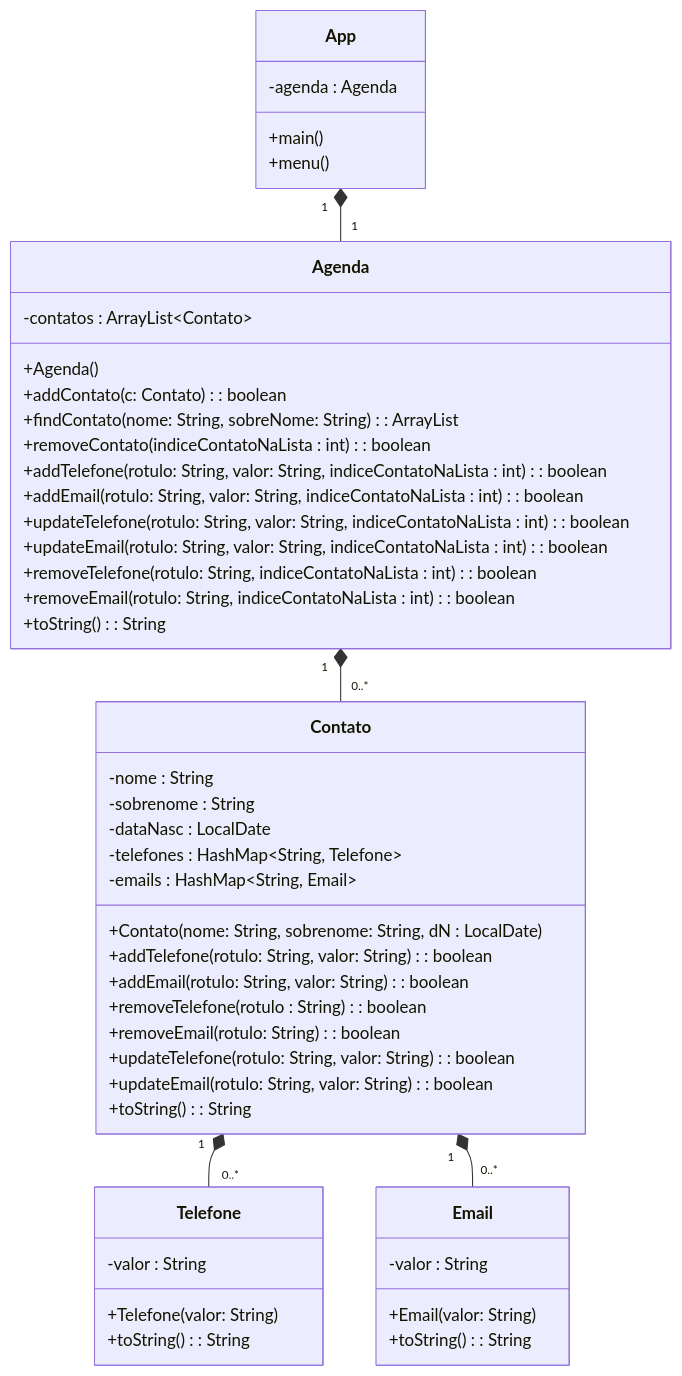
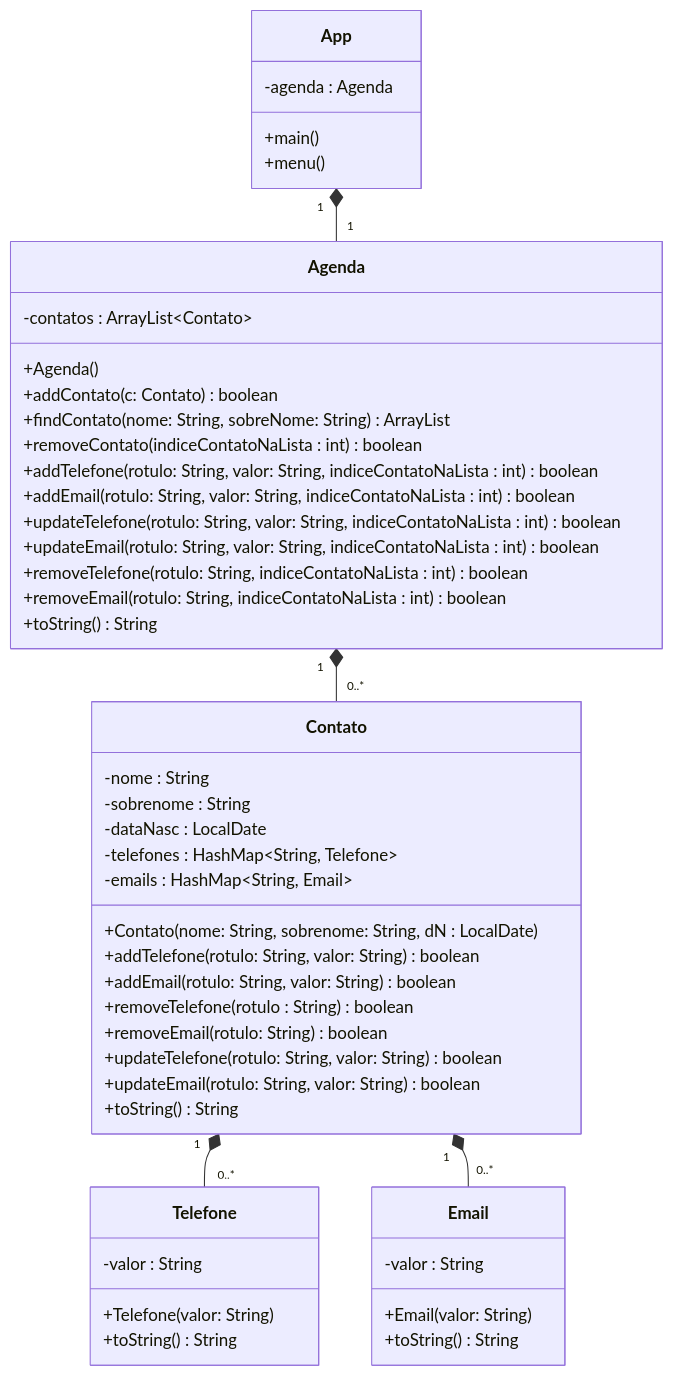
One commit to LuisEAbreu/poo changed the diagram in aulas/2026-10-05/projeto02/README.md. Above: the diagram before and after it, drawn with Mermaid.

Commit message:
Removendo ":" no retorno dos métodos na UML

````diff
--- a/aulas/2026-10-05/projeto02/README.md
+++ b/aulas/2026-10-05/projeto02/README.md
@@ -17,59 +17,59 @@
 ```mermaid
     classDiagram
         
         class App{
             -agenda : Agenda
             +main()
             +menu()
         }
         
         class Agenda{ 
             -contatos : ArrayList~Contato~
             
             +Agenda()
-            +addContato(c: Contato): boolean
-            +findContato(nome: String, sobreNome: String): ArrayList<Contato>
-            +removeContato(indiceContatoNaLista : int): boolean
-            +addTelefone(rotulo: String, valor: String, indiceContatoNaLista : int): boolean
-            +addEmail(rotulo: String, valor: String, indiceContatoNaLista : int): boolean
-            +updateTelefone(rotulo: String, valor: String, indiceContatoNaLista : int): boolean
-            +updateEmail(rotulo: String, valor: String, indiceContatoNaLista : int): boolean
-            +removeTelefone(rotulo: String, indiceContatoNaLista : int): boolean
-            +removeEmail(rotulo: String, indiceContatoNaLista : int): boolean
-            +toString(): String
+            +addContato(c: Contato) boolean
+            +findContato(nome: String, sobreNome: String) ArrayList<Contato>
+            +removeContato(indiceContatoNaLista : int) boolean
+            +addTelefone(rotulo: String, valor: String, indiceContatoNaLista : int) boolean
+            +addEmail(rotulo: String, valor: String, indiceContatoNaLista : int) boolean
+            +updateTelefone(rotulo: String, valor: String, indiceContatoNaLista : int) boolean
+            +updateEmail(rotulo: String, valor: String, indiceContatoNaLista : int) boolean
+            +removeTelefone(rotulo: String, indiceContatoNaLista : int) boolean
+            +removeEmail(rotulo: String, indiceContatoNaLista : int) boolean
+            +toString() String
         }
         
         class Contato{
             -nome : String
             -sobrenome : String
             -dataNasc : LocalDate
             -telefones : HashMap~String, Telefone~
             -emails : HashMap~String, Email~
 
             +Contato(nome: String, sobrenome: String, dN : LocalDate)
-            +addTelefone(rotulo: String, valor: String): boolean
-            +addEmail(rotulo: String, valor: String): boolean
-            +removeTelefone(rotulo : String): boolean
-            +removeEmail(rotulo: String): boolean
-            +updateTelefone(rotulo: String, valor: String): boolean
-            +updateEmail(rotulo: String, valor: String): boolean
-            +toString(): String
+            +addTelefone(rotulo: String, valor: String) boolean
+            +addEmail(rotulo: String, valor: String) boolean
+            +removeTelefone(rotulo : String) boolean
+            +removeEmail(rotulo: String) boolean
+            +updateTelefone(rotulo: String, valor: String) boolean
+            +updateEmail(rotulo: String, valor: String) boolean
+            +toString() String
         }
         
         class Telefone{
             -valor : String
             +Telefone(valor: String)
-            +toString(): String
+            +toString() String
         }
 
         class Email{ 
             -valor : String
             +Email(valor: String)
-            +toString(): String
+            +toString() String
         }
         
         App "1" *-- "1" Agenda
         Agenda "1" *-- "0..*" Contato
         Contato "1" *-- "0..*" Telefone
         Contato "1" *-- "0..*" Email
 ```
````
